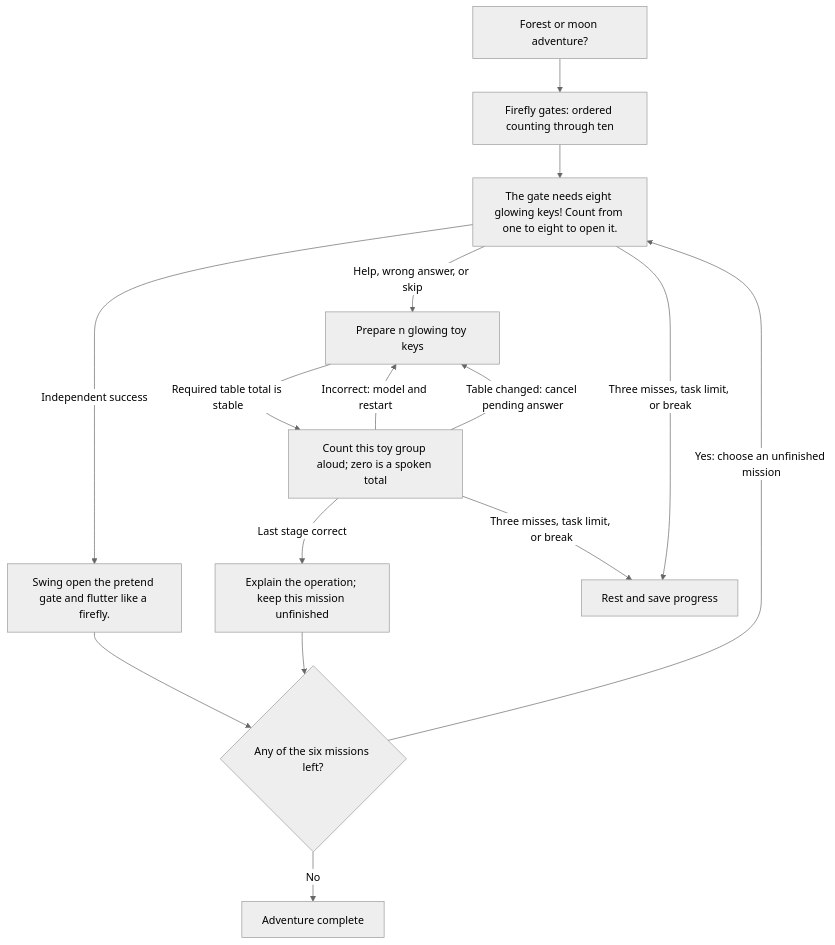
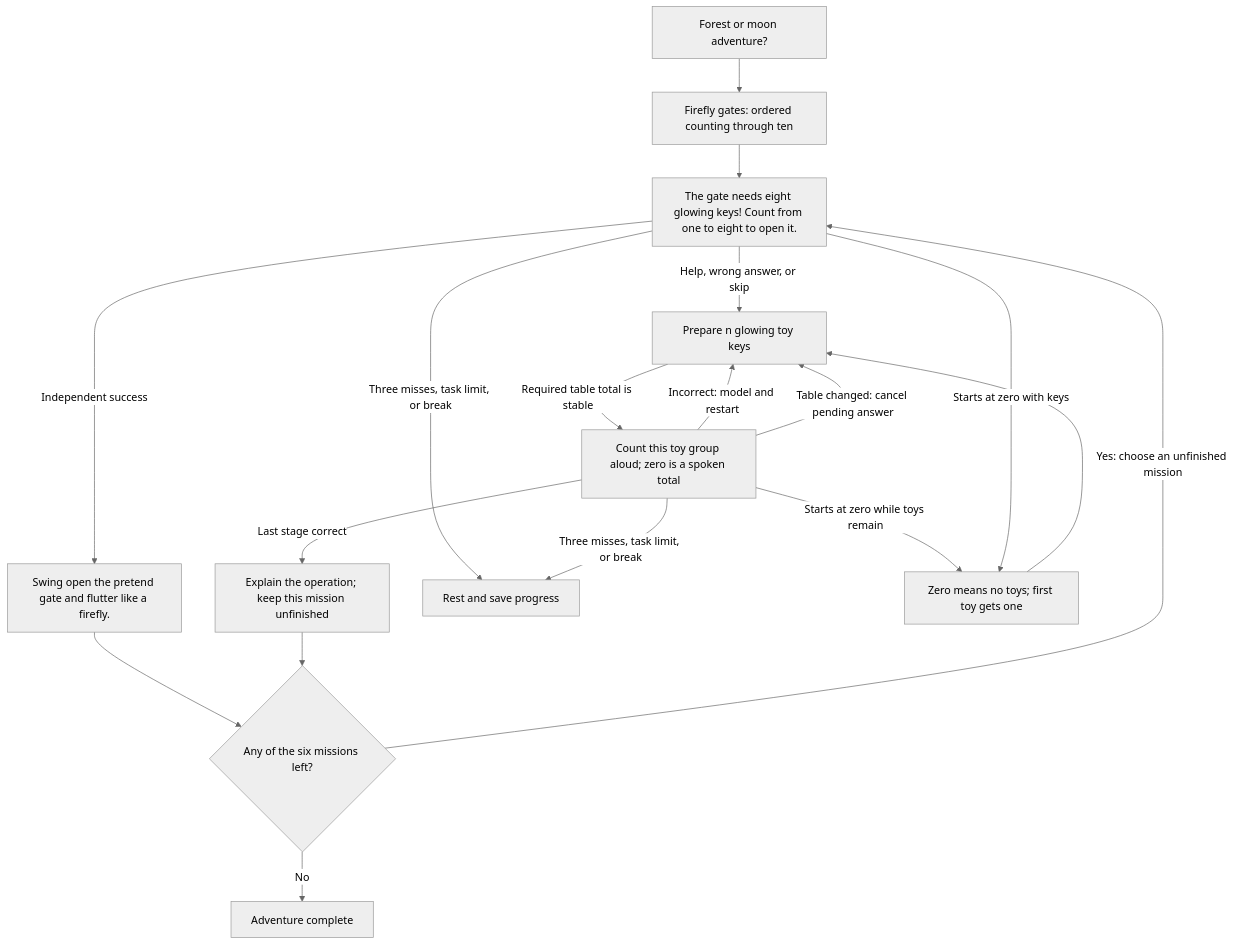
One commit to sealsbroken/unmath changed the diagram in docs/wiki/Lesson-6-Firefly-gates.md. Above: the diagram before and after it, drawn with Mermaid (neutral theme). The commit also changed other lines of this file and 24 other files, not shown here.

````diff
--- a/docs/wiki/Lesson-6-Firefly-gates.md
+++ b/docs/wiki/Lesson-6-Firefly-gates.md
@@ -12,17 +12,20 @@
 ```mermaid
 flowchart TD
     Choose["Forest or moon adventure?"] --> Intro["Firefly gates: ordered counting through ten"]
     Intro --> Q["The gate needs eight glowing keys! Count from one to eight to open it."]
     Q -->|"Independent success"| Reward["Swing open the pretend gate and flutter like a firefly."]
     Reward --> Left{"Any of the six missions left?"}
     Left -->|"Yes: choose an unfinished mission"| Q
     Left -->|"No"| Done["Adventure complete"]
     Q -->|"Help, wrong answer, or skip"| Setup["Prepare n glowing toy keys"]
     Setup -->|"Required table total is stable"| Guided["Count this toy group aloud; zero is a spoken total"]
     Guided -->|"Last stage correct"| Explain["Explain the operation; keep this mission unfinished"]
     Explain --> Left
     Guided -->|"Incorrect: model and restart"| Setup
     Guided -->|"Table changed: cancel pending answer"| Setup
     Q -->|"Three misses, task limit, or break"| Rest["Rest and save progress"]
     Guided -->|"Three misses, task limit, or break"| Rest
+    Guided -->|"Starts at zero while toys remain"| Zero["Zero means no toys; first toy gets one"]
+    Zero --> Setup
+    Q -->|"Starts at zero with keys"| Zero
 ```
````
